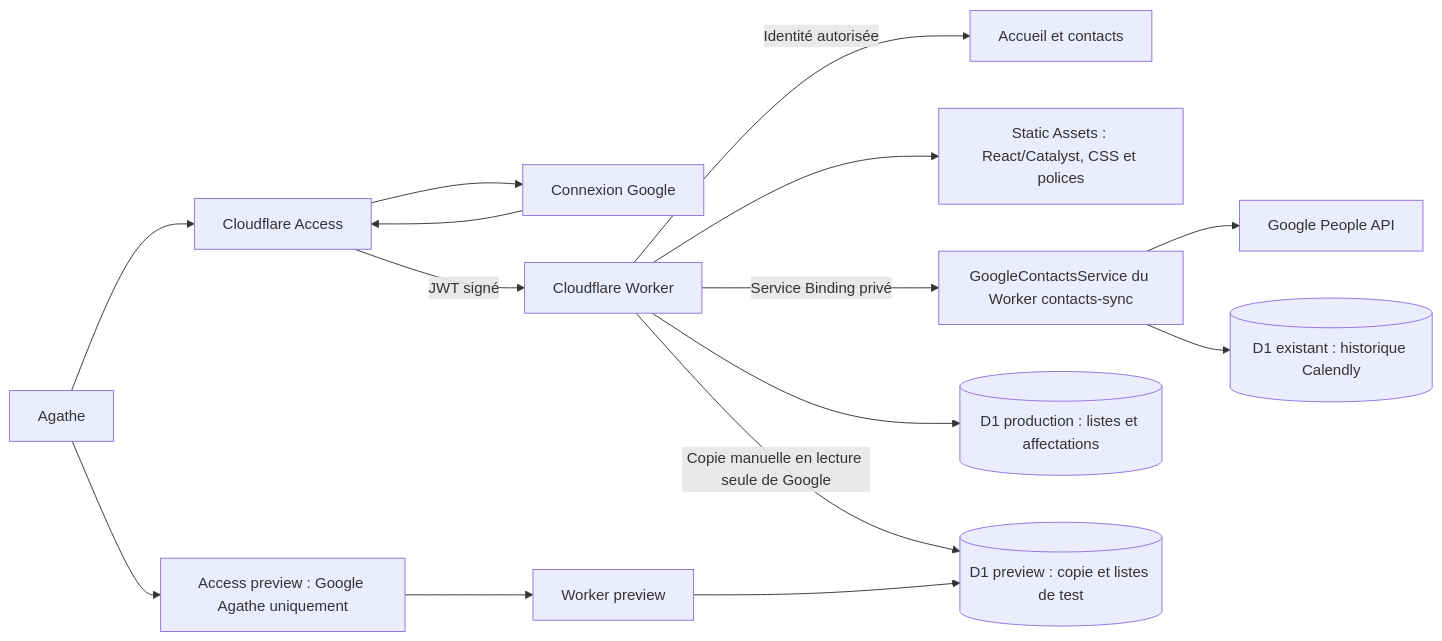
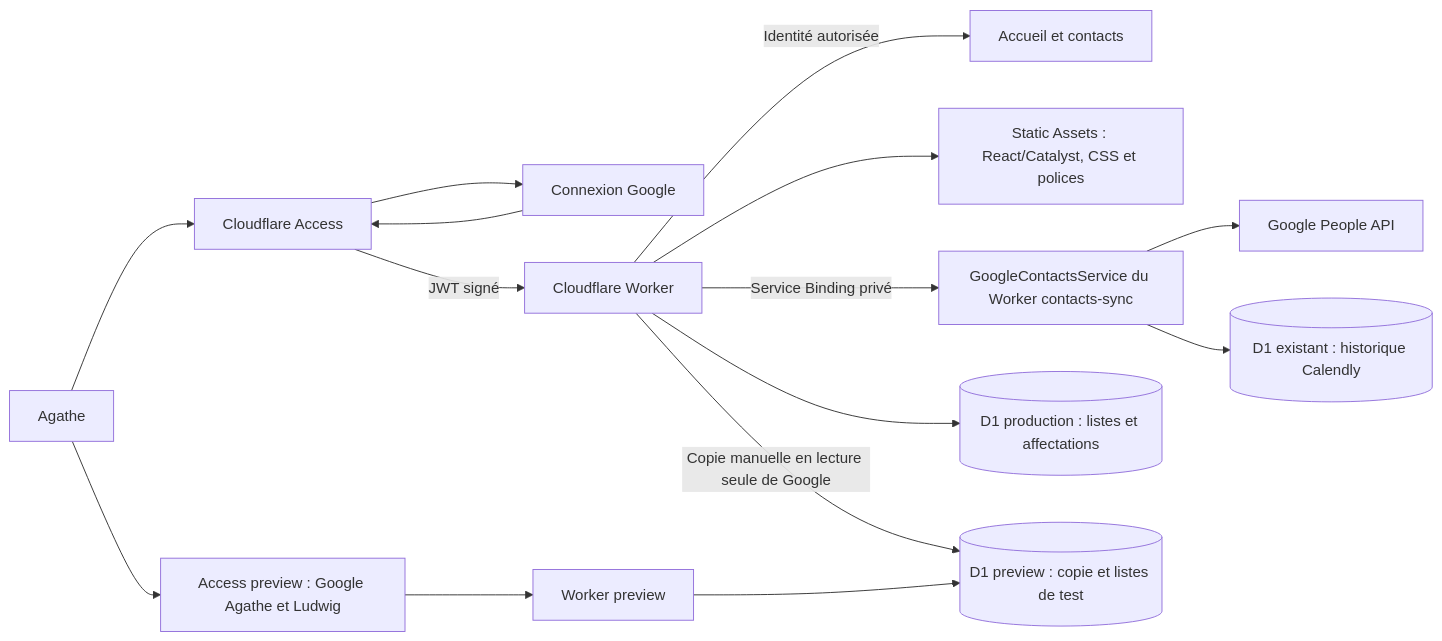
The diagram in docs/backoffice-cloudflare.md (ludwig-pro/osteopathie-animale-bordeaux-v2), drawn with Mermaid before and after one commit. The commit also changed other lines of this file and 66 other files, not shown here.

````diff
--- a/docs/backoffice-cloudflare.md
+++ b/docs/backoffice-cloudflare.md
@@ -17,17 +17,17 @@
 ```mermaid
 flowchart LR
   U[Agathe] --> A[Cloudflare Access]
   A --> G[Connexion Google]
   G --> A
   A -->|JWT signé| W[Cloudflare Worker]
   W -->|Identité autorisée| I[Accueil et contacts]
   W --> S[Static Assets : React/Catalyst, CSS et polices]
   W -->|Service Binding privé| C[GoogleContactsService du Worker contacts-sync]
   C --> P[Google People API]
   C --> B[(D1 existant : historique Calendly)]
   W --> L[(D1 production : listes et affectations)]
   W -->|Copie manuelle en lecture seule de Google| PDB[(D1 preview : copie et listes de test)]
-  U --> PA[Access preview : Google Agathe uniquement]
+  U --> PA[Access preview : Google Agathe et Ludwig]
   PA --> PW[Worker preview]
   PW --> PDB
 ```
````
